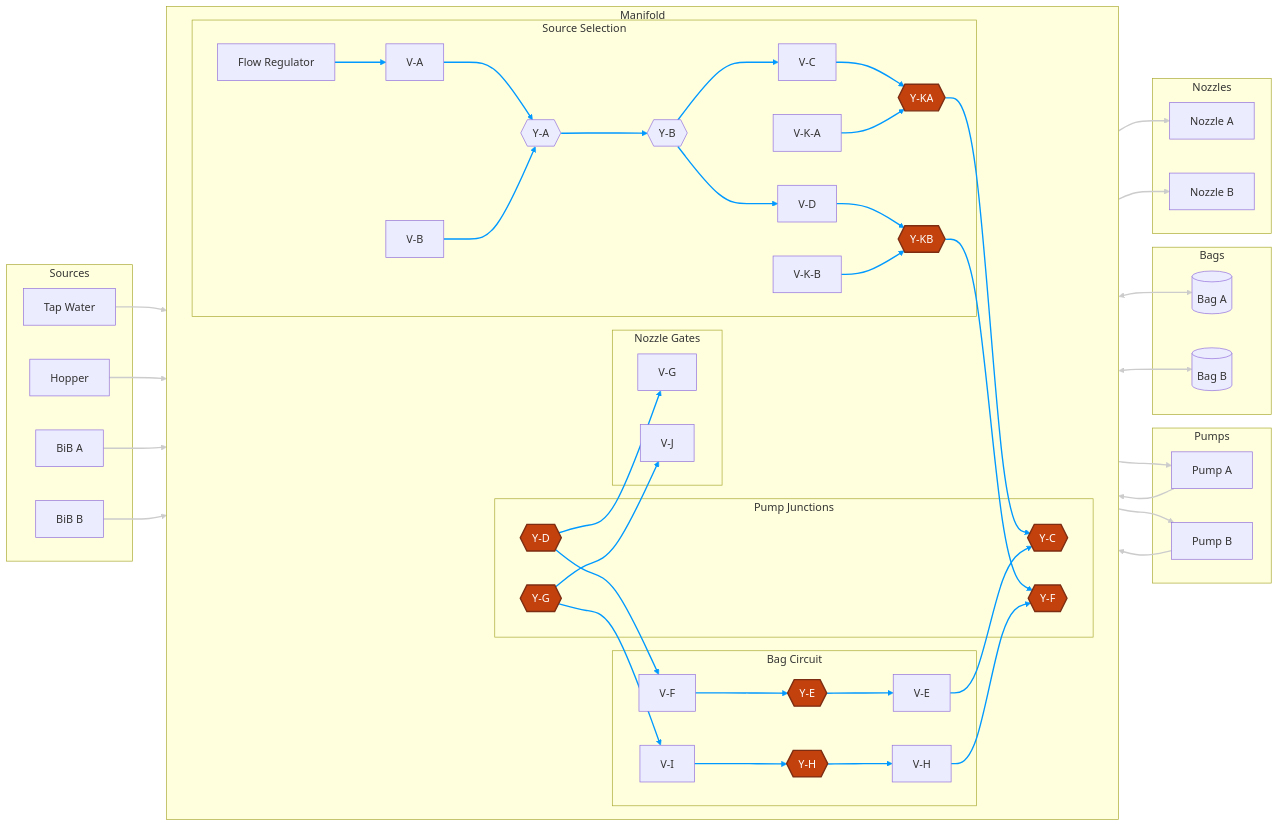
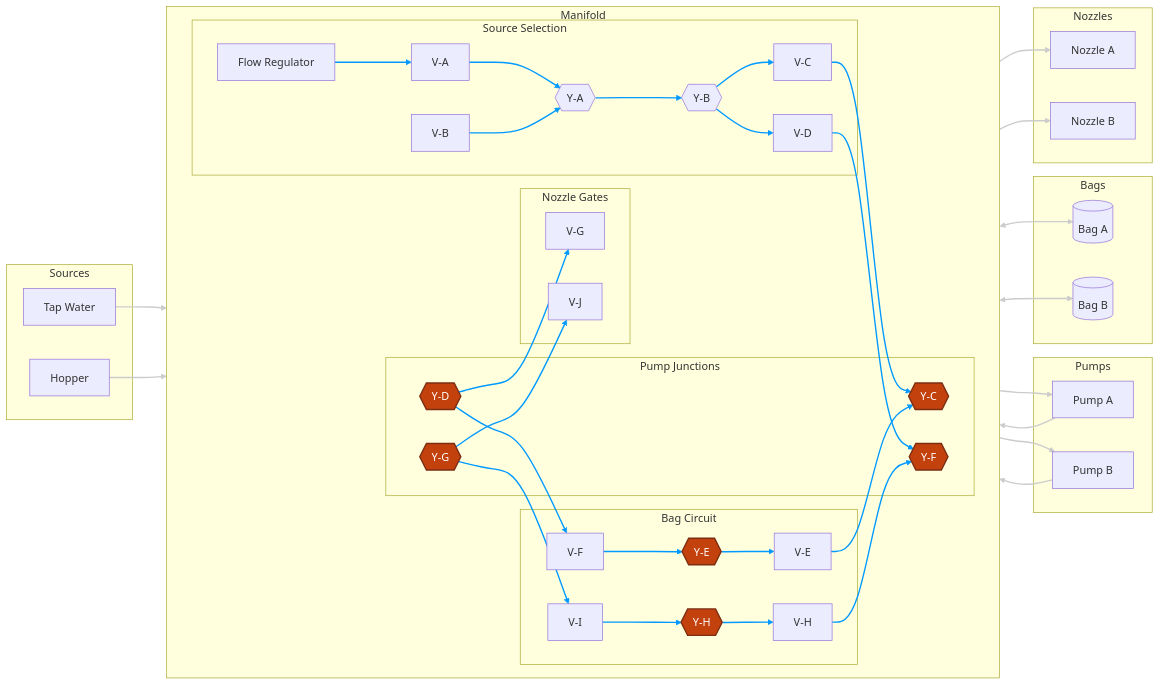
Before and after one commit to derekbreden/homesodamachine: the diagram in hardware/topology/fluid-topology-manifold.mmd, drawn with Mermaid. The commit also changed 17 other files, not shown here.

```diff
--- a/hardware/topology/fluid-topology-manifold.mmd
+++ b/hardware/topology/fluid-topology-manifold.mmd
@@ -1,132 +1,120 @@
 flowchart LR
 
   %% =========================
   %% Remote components
   %% =========================
   subgraph Sources["Sources"]
     Tap["Tap Water"]
     Hopper["Hopper"]
-    BiBA["BiB A"]
-    BiBB["BiB B"]
   end
 
   subgraph Pumps["Pumps"]
     PA["Pump A"]
     PB["Pump B"]
   end
 
   subgraph Bags["Bags"]
     BagA[("Bag A")]
     BagB[("Bag B")]
   end
 
   subgraph Nozzles["Nozzles"]
     NozzleA["Nozzle A"]
     NozzleB["Nozzle B"]
   end
 
   %% =========================
   %% Manifold
   %% =========================
   subgraph Manifold["Manifold"]
     direction LR
 
     subgraph SourceSelection["Source Selection"]
       Reg["Flow Regulator"]
       VA["V-A"]
       VB["V-B"]
       YA{{"Y-A"}}
       YB{{"Y-B"}}
       VC["V-C"]
       VD["V-D"]
-      VKA["V-K-A"]
-      VKB["V-K-B"]
-      YKA{{"Y-KA"}}
-      YKB{{"Y-KB"}}
     end
 
     subgraph MfPumps["Pump Junctions"]
       YC{{"Y-C"}}
       YD{{"Y-D"}}
       YF{{"Y-F"}}
       YG{{"Y-G"}}
     end
 
     subgraph MfNozzles["Nozzle Gates"]
       VG["V-G"]
       VJ["V-J"]
     end
 
     subgraph MfBags["Bag Circuit"]
       VE["V-E"]
       YE{{"Y-E"}}
       VF["V-F"]
       VH["V-H"]
       YH{{"Y-H"}}
       VI["V-I"]
     end
 
     %% Source Selection connections
     Reg --> VA
     VA --> YA
     VB --> YA
     YA --> YB
     YB --> VC
     YB --> VD
-    VC --> YKA
-    VKA --> YKA
-    VD --> YKB
-    VKB --> YKB
 
     %% Pump Junctions connections
-    YKA --> YC
-    YKB --> YF
+    VC --> YC
+    VD --> YF
     YD --> VG
     YD --> VF
     YG --> VJ
     YG --> VI
 
     %% Bag Circuit connections
     VE --> YC
     VF --> YE
     YE --> VE
     VH --> YF
     VI --> YH
     YH --> VH
   end
 
   %% =========================
   %% Tube runs (manifold ↔ remote)
   %% =========================
   Tap --> Reg
   Hopper --> VB
-  BiBA --> VKA
-  BiBB --> VKB
 
   YC --> PA --> YD
   YF --> PB --> YG
 
   YE <--> BagA
   YH <--> BagB
 
   VG --> NozzleA
   VJ --> NozzleB
 
   %% Manifold internals: blue. These edges are ZERO LENGTH — valve seats sit
   %% directly at the Y-junctions inside a single machined manifold block. There
   %% is no tubing between, e.g., V-A and Y-A; the only volume on a blue edge is
   %% the valve's own downstream poppet void (sub-mL). This is what makes the
   %% manifold a manifold rather than a network of tube runs, and why there are
   %% no meaningful stagnant side-pockets at the Y-junctions.
-  %% 0-21 = Source Selection + Pump Junctions + Bag Circuit interior edges.
-  linkStyle 0,1,2,3,4,5,6,7,8,9,10,11,12,13,14,15,16,17,18,19,20,21 stroke:#09f,stroke-width:2px
+  %% 0-17 = Source Selection + Pump Junctions + Bag Circuit interior edges.
+  linkStyle 0,1,2,3,4,5,6,7,8,9,10,11,12,13,14,15,16,17 stroke:#09f,stroke-width:2px
   %% Tube runs between the manifold and remote components: white. These are
   %% the only real lengths of tube in the diagram; everything else is
   %% manifold-internal.
-  %% 22-33 = sources -> manifold inlets, manifold -> pumps/bags/nozzles.
-  linkStyle 22,23,24,25,26,27,28,29,30,31,32,33 stroke:#ccc,stroke-width:2px
+  %% 18-27 = sources -> manifold inlets, manifold -> pumps/bags/nozzles.
+  linkStyle 18,19,20,21,22,23,24,25,26,27 stroke:#ccc,stroke-width:2px
 
   %% Junction geometry: Y-A/Y-B are PP2308E Y-dividers (source-select); the
-  %% other eight are PP0208E Tees (in-line run + branch). Orange = Tee.
+  %% other six are PP0208E Tees (in-line run + branch). Orange = Tee.
   classDef tee fill:#c2410c,stroke:#7c2d12,color:#ffffff,stroke-width:2px;
-  class YC,YD,YE,YF,YG,YH,YKA,YKB tee;
+  class YC,YD,YE,YF,YG,YH tee;
```
